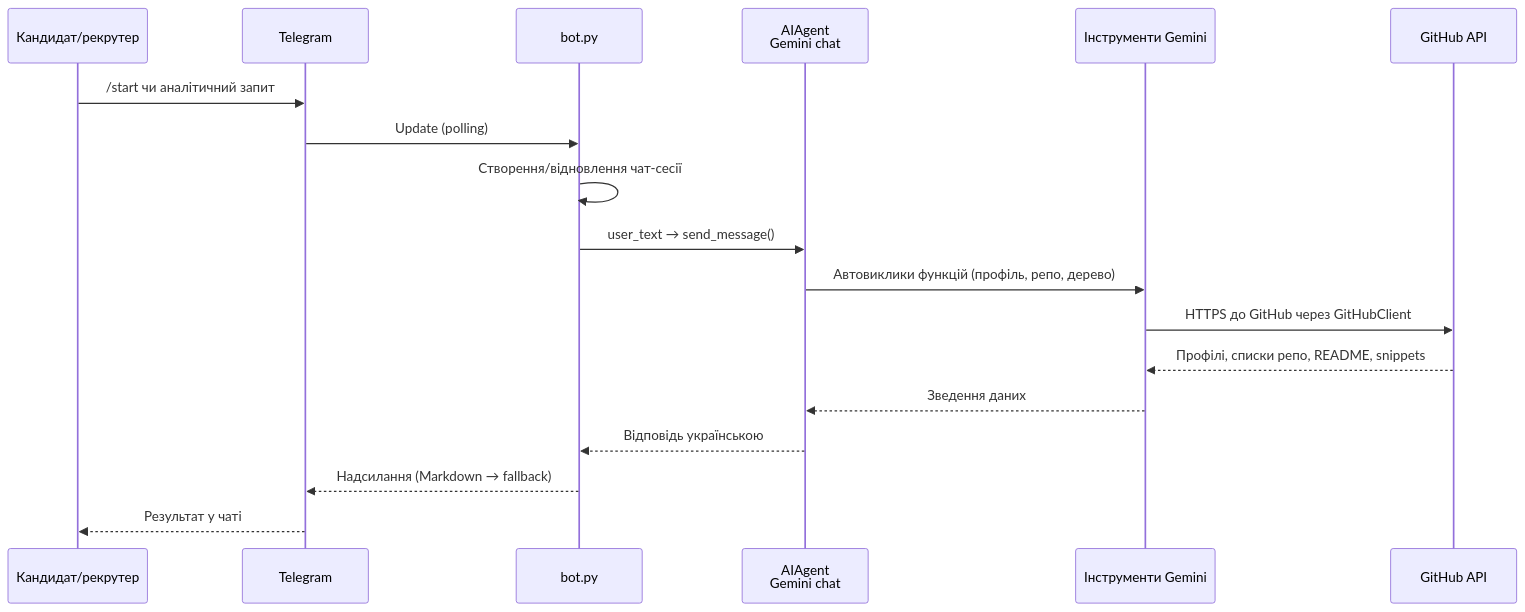
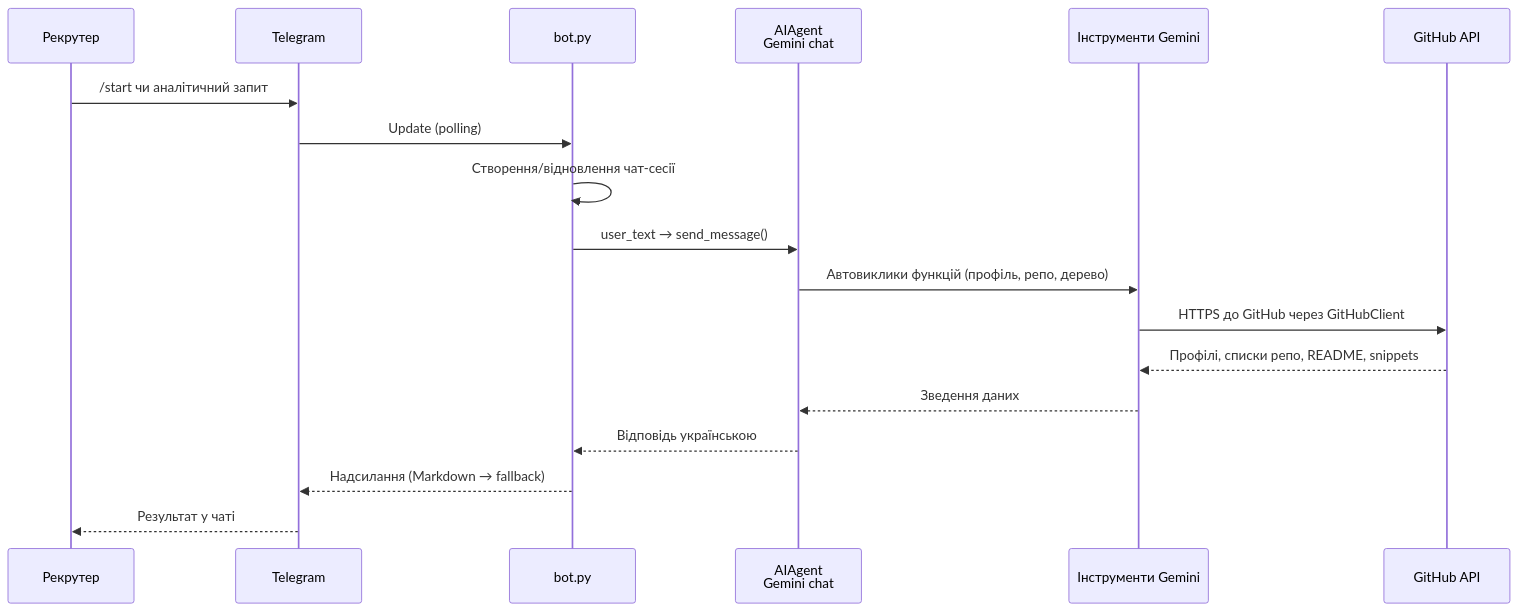
Before and after one commit to lukovskiy541/github_observer: the diagram in ARCHITECTURE.md, drawn with Mermaid.

Commit message:
Update participant name in interaction diagram

````diff
--- a/ARCHITECTURE.md
+++ b/ARCHITECTURE.md
@@ -15,21 +15,21 @@
 ```mermaid
 sequenceDiagram
-    participant U as Кандидат/рекрутер
+    participant U as Рекрутер
     participant TG as Telegram
     participant B as bot.py
     participant AG as AIAgent<br/>Gemini chat
     participant T as Інструменти Gemini
     participant GH as GitHub API
 
     U->>TG: /start чи аналітичний запит
     TG->>B: Update (polling)
     B->>B: Створення/відновлення чат-сесії
     B->>AG: user_text → send_message()
     AG->>T: Автовиклики функцій (профіль, репо, дерево)
     T->>GH: HTTPS до GitHub через GitHubClient
     GH-->>T: Профілі, списки репо, README, snippets
     T-->>AG: Зведення даних
     AG-->>B: Відповідь українською
     B-->>TG: Надсилання (Markdown → fallback)
     TG-->>U: Результат у чаті
 ```
````
